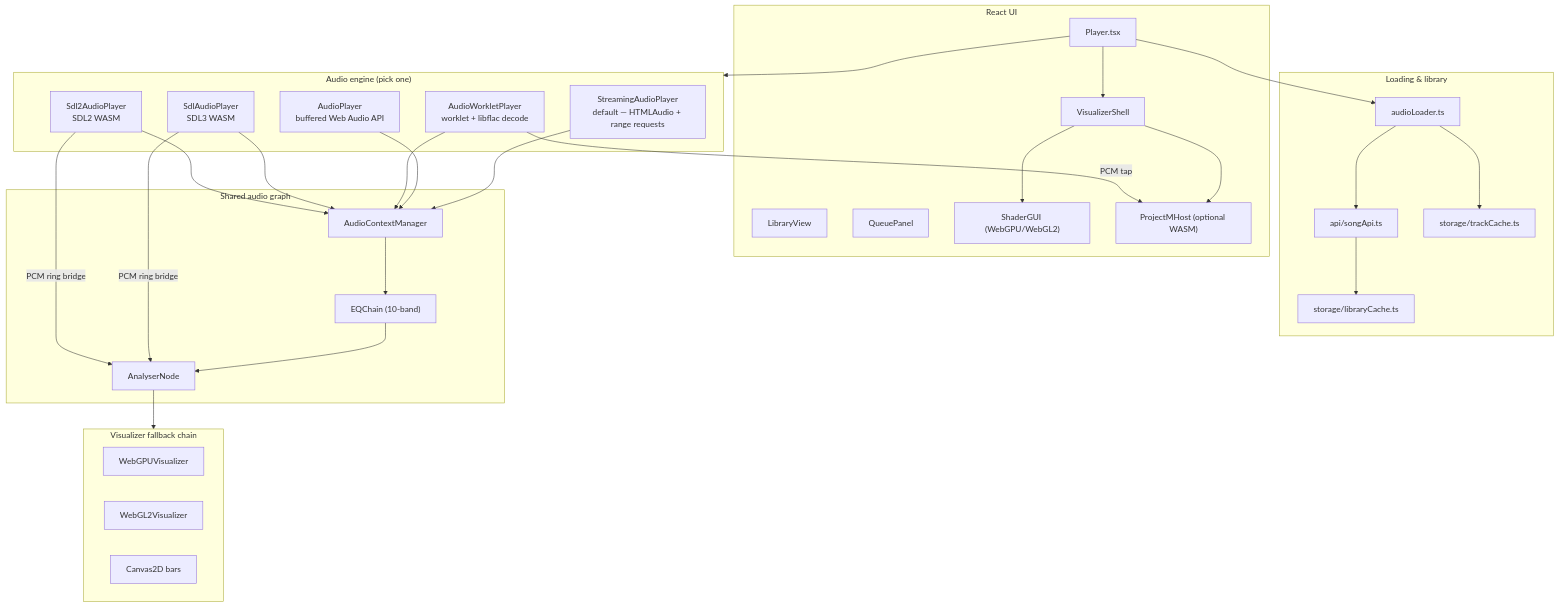
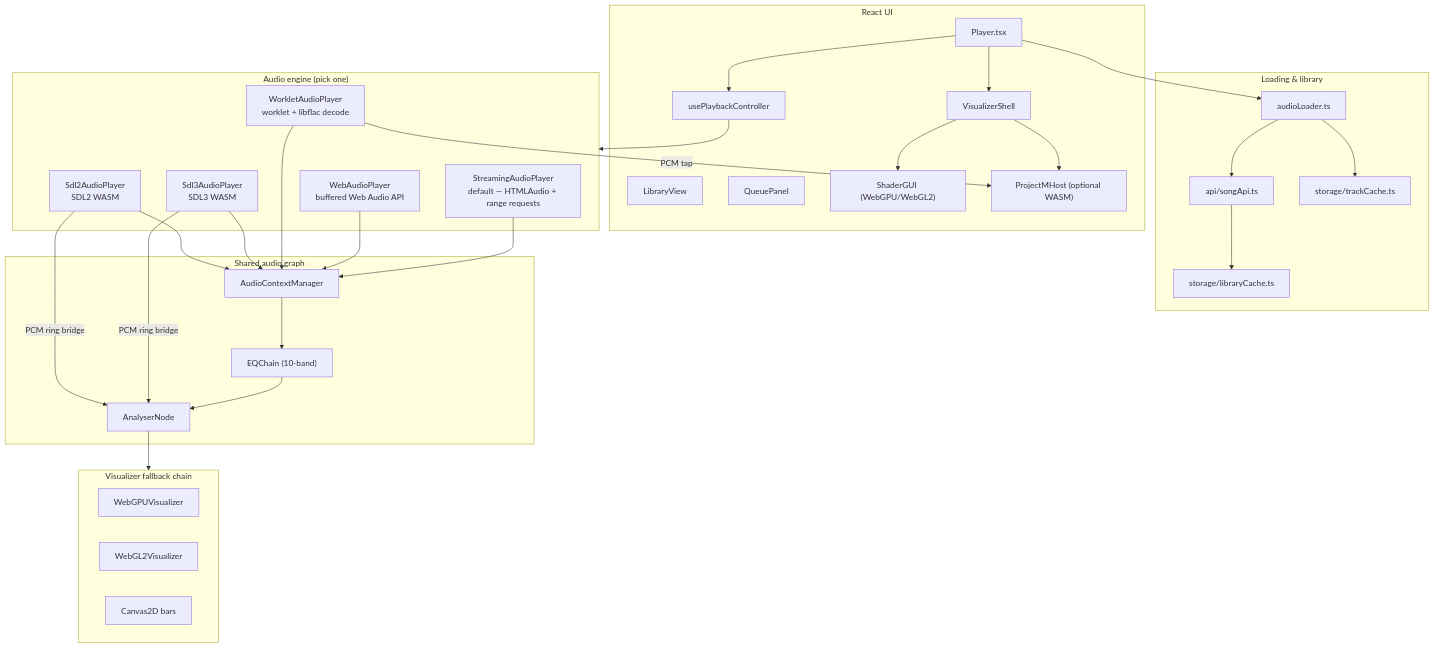
One commit to ford442/flac_player changed the diagram in docs/ARCHITECTURE.md. Above: the diagram before and after it, drawn with Mermaid. The commit also changed other lines of this file and 15 other files, not shown here.

First line of the commit message:
Relocate audio backends and extract PlaybackController

````diff
--- a/docs/ARCHITECTURE.md
+++ b/docs/ARCHITECTURE.md
@@ -9,58 +9,60 @@
 ```mermaid
 flowchart TB
   subgraph UI["React UI"]
     Player["Player.tsx"]
+    Controller["usePlaybackController"]
     Library["LibraryView"]
     Queue["QueuePanel"]
     Shell["VisualizerShell"]
     ShaderGUI["ShaderGUI (WebGPU/WebGL2)"]
     ProjectM["ProjectMHost (optional WASM)"]
   end
 
   subgraph Audio["Audio engine (pick one)"]
     Streaming["StreamingAudioPlayer<br/>default — HTMLAudio + range requests"]
-    WebAudio["AudioPlayer<br/>buffered Web Audio API"]
-    Worklet["AudioWorkletPlayer<br/>worklet + libflac decode"]
-    SDL3["SdlAudioPlayer<br/>SDL3 WASM"]
+    WebAudio["WebAudioPlayer<br/>buffered Web Audio API"]
+    Worklet["WorkletAudioPlayer<br/>worklet + libflac decode"]
+    SDL3["Sdl3AudioPlayer<br/>SDL3 WASM"]
     SDL2["Sdl2AudioPlayer<br/>SDL2 WASM"]
   end
 
   subgraph Load["Loading & library"]
     Loader["audioLoader.ts"]
     SongApi["api/songApi.ts"]
     TrackCache["storage/trackCache.ts"]
     LibCache["storage/libraryCache.ts"]
   end
 
   subgraph FX["Shared audio graph"]
     ACM["AudioContextManager"]
     EQ["EQChain (10-band)"]
     Analyser["AnalyserNode"]
   end
 
   subgraph Viz["Visualizer fallback chain"]
     WebGPU["WebGPUVisualizer"]
     WebGL2["WebGL2Visualizer"]
     Canvas2D["Canvas2D bars"]
   end
 
-  Player --> Audio
+  Player --> Controller
+  Controller --> Audio
   Player --> Shell
   Shell --> ShaderGUI
   Shell --> ProjectM
   Player --> Loader
   Loader --> SongApi
   Loader --> TrackCache
   SongApi --> LibCache
 
   Streaming --> ACM
   WebAudio --> ACM
   Worklet --> ACM
   SDL3 --> ACM
   SDL2 --> ACM
   ACM --> EQ --> Analyser
   Analyser --> Viz
   Worklet -->|PCM tap| ProjectM
   SDL3 -->|PCM ring bridge| Analyser
   SDL2 -->|PCM ring bridge| Analyser
 ```
````
